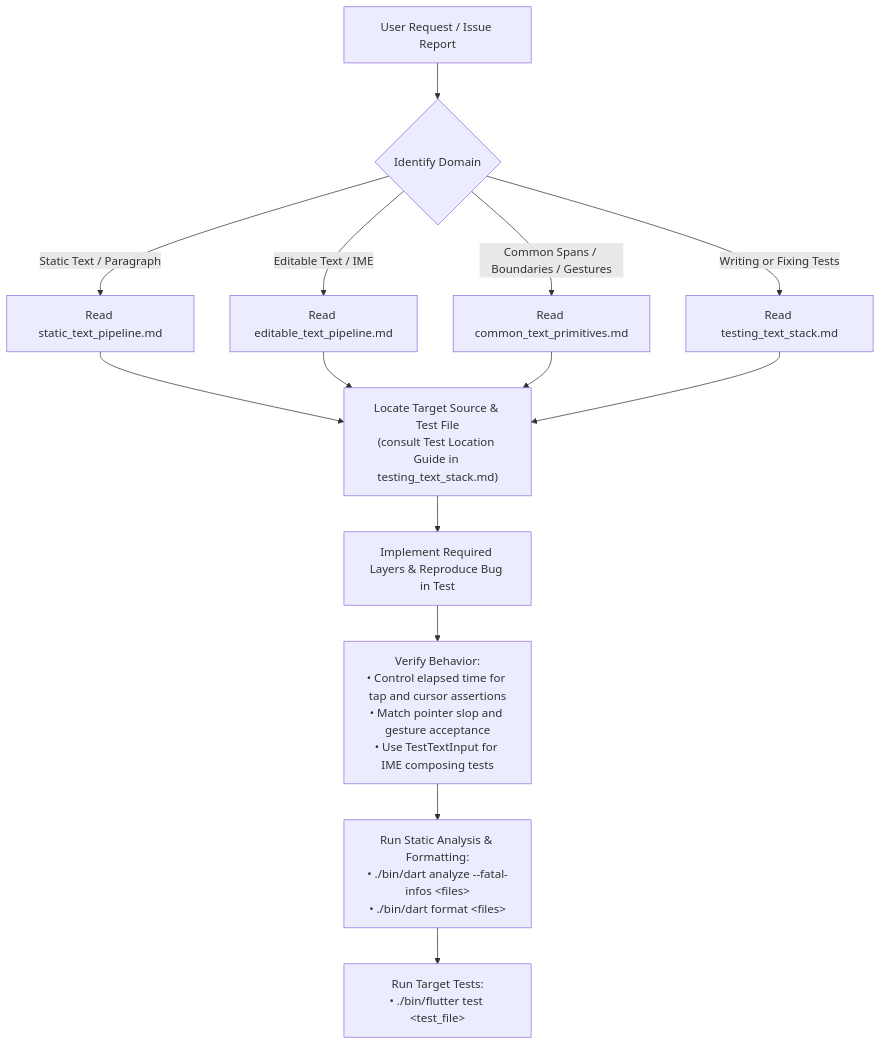
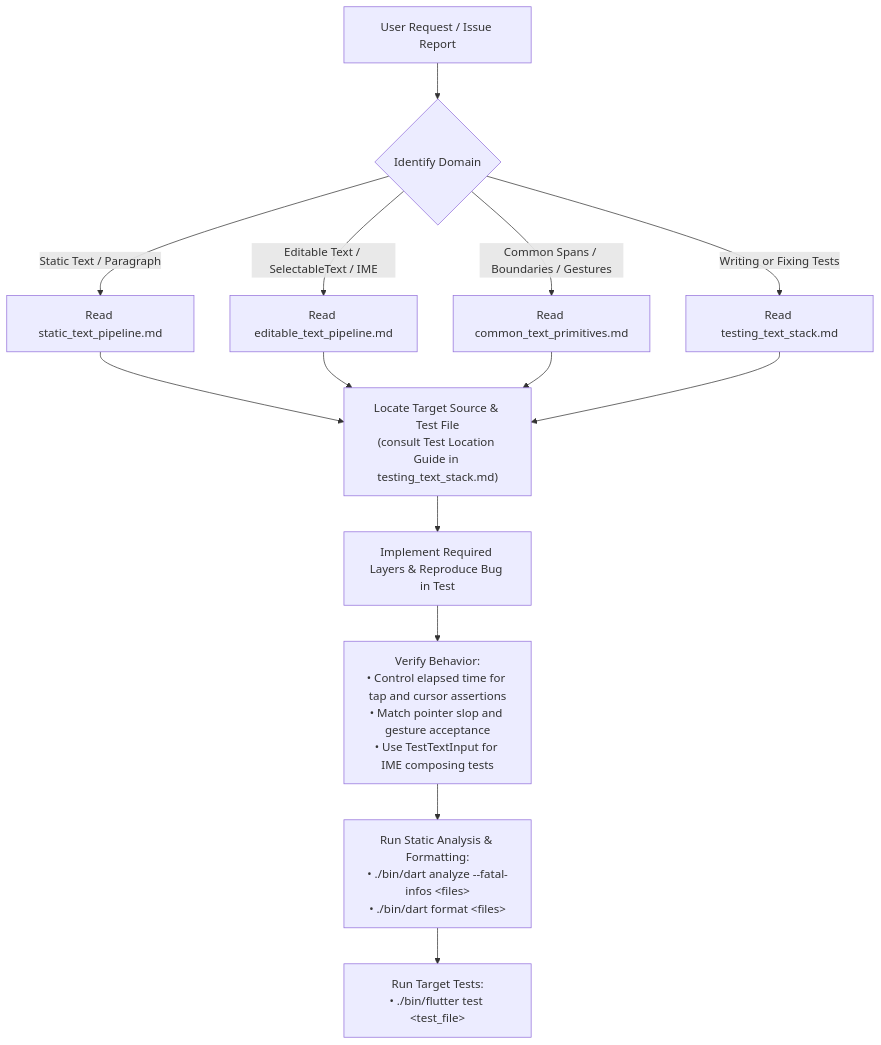
The diagram in .agents/skills/flutter-text-domain-expert/SKILL.md (Renzo-Olivares/flutter), drawn with Mermaid before and after one commit. The commit also changed other lines of this file and 3 other files, not shown here.

````diff
--- a/.agents/skills/flutter-text-domain-expert/SKILL.md
+++ b/.agents/skills/flutter-text-domain-expert/SKILL.md
@@ -89,18 +90,18 @@
 ```mermaid
 flowchart TD
     A["User Request / Issue Report"] --> B{"Identify Domain"}
     B -->|"Static Text / Paragraph"| C["Read static_text_pipeline.md"]
-    B -->|"Editable Text / IME"| D["Read editable_text_pipeline.md"]
+    B -->|"Editable Text / SelectableText / IME"| D["Read editable_text_pipeline.md"]
     B -->|"Common Spans / Boundaries / Gestures"| E["Read common_text_primitives.md"]
     B -->|"Writing or Fixing Tests"| F["Read testing_text_stack.md"]
 
     C --> G["Locate Target Source & Test File<br/>(consult Test Location Guide in testing_text_stack.md)"]
     D --> G
     E --> G
     F --> G
 
     G --> H["Implement Required Layers & Reproduce Bug in Test"]
     H --> I["Verify Behavior:<br/>• Control elapsed time for tap and cursor assertions<br/>• Match pointer slop and gesture acceptance<br/>• Use TestTextInput for IME composing tests"]
     I --> J["Run Static Analysis & Formatting:<br/>• ./bin/dart analyze --fatal-infos &lt;files&gt;<br/>• ./bin/dart format &lt;files&gt;"]
     J --> K["Run Target Tests:<br/>• ./bin/flutter test &lt;test_file&gt;"]
 ```
````
